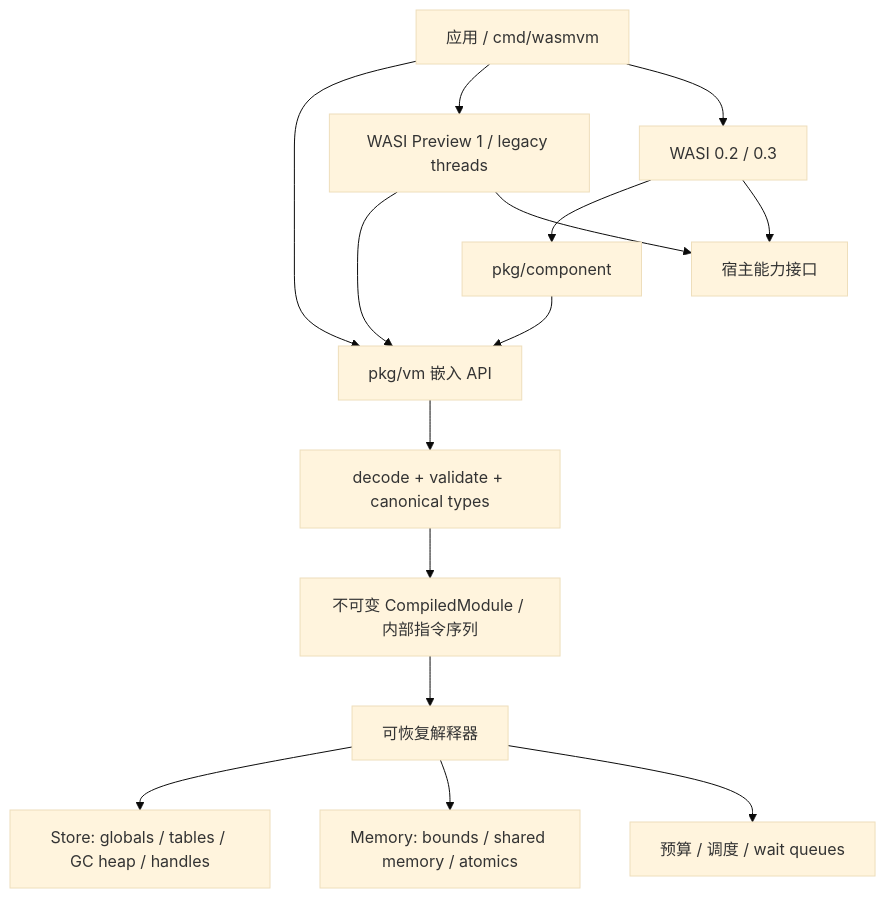
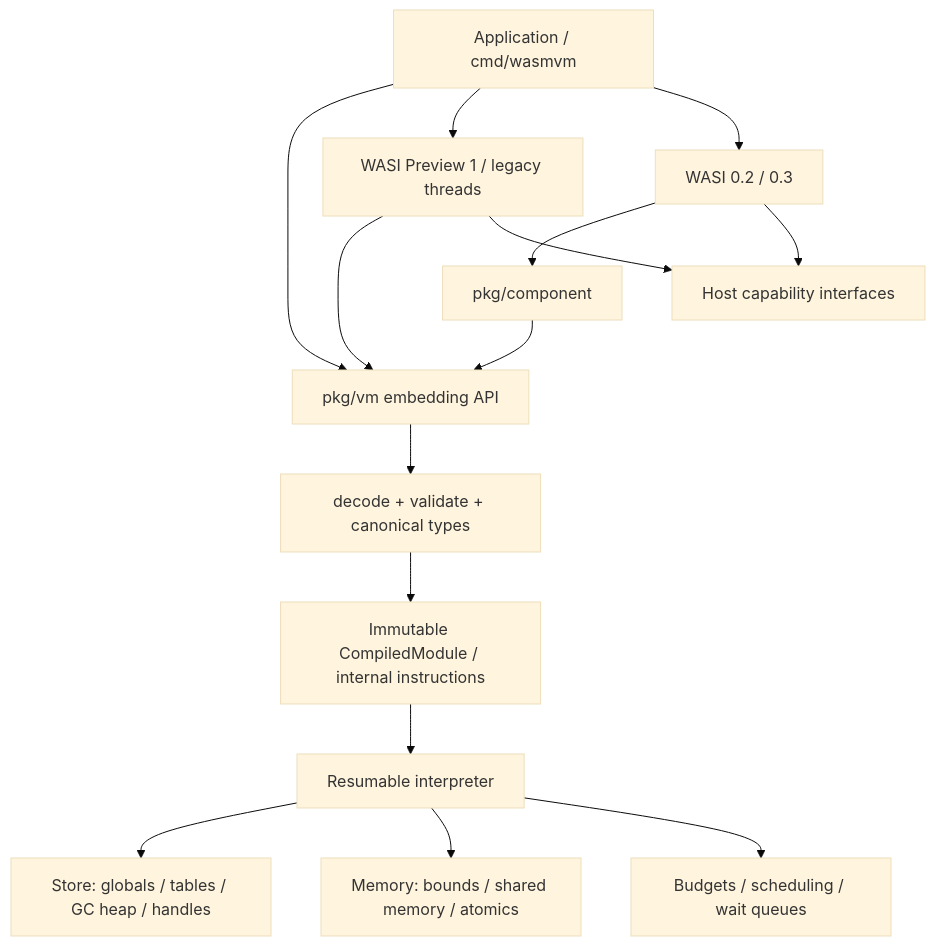
The diagram in docs/design/architecture.md (cpunion/wasmvm), drawn with Mermaid (base theme) before and after one commit. The commit also changed other lines of this file and 8 other files, not shown here.

````diff
--- a/docs/design/architecture.md
+++ b/docs/design/architecture.md
@@ -15,17 +15,17 @@
 ```mermaid
 flowchart TD
-    App[应用 / cmd/wasmvm] --> VM[pkg/vm 嵌入 API]
+    App[Application / cmd/wasmvm] --> VM[pkg/vm embedding API]
     App --> W1[WASI Preview 1 / legacy threads]
     App --> W23[WASI 0.2 / 0.3]
     W23 --> CM[pkg/component]
     CM --> VM
     W1 --> VM
     VM --> Decode[decode + validate + canonical types]
-    Decode --> Module[不可变 CompiledModule / 内部指令序列]
-    Module --> Interp[可恢复解释器]
+    Decode --> Module[Immutable CompiledModule / internal instructions]
+    Module --> Interp[Resumable interpreter]
     Interp --> Store[Store: globals / tables / GC heap / handles]
     Interp --> Mem[Memory: bounds / shared memory / atomics]
-    Interp --> Sched[预算 / 调度 / wait queues]
-    W1 --> Host[宿主能力接口]
+    Interp --> Sched[Budgets / scheduling / wait queues]
+    W1 --> Host[Host capability interfaces]
     W23 --> Host
 ```
````
